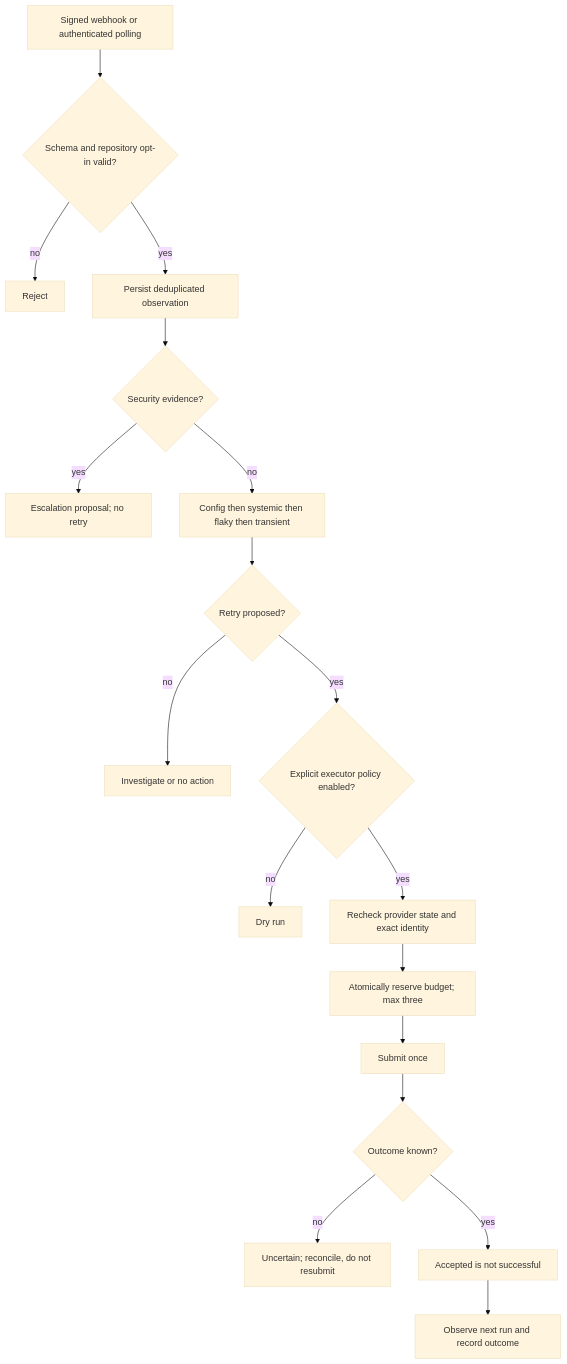
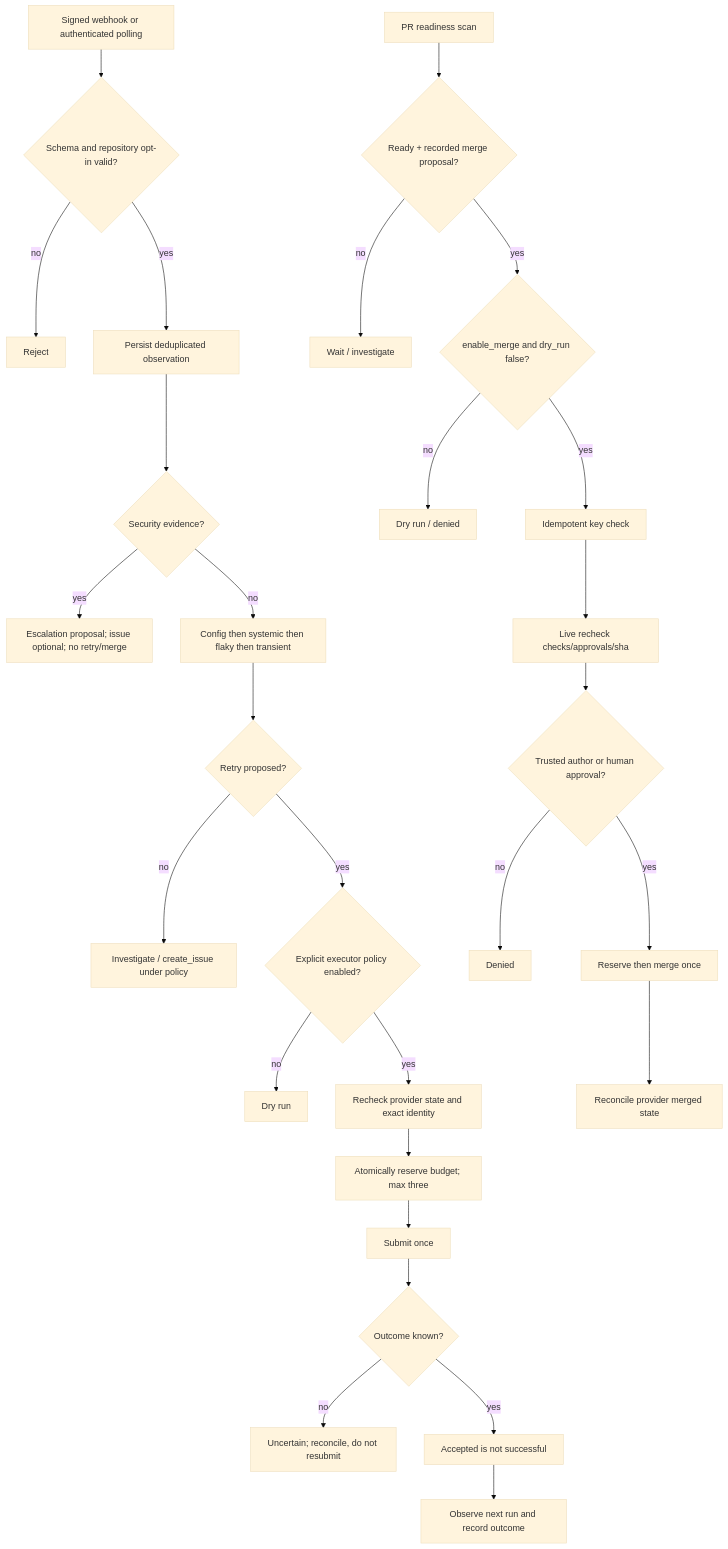
The diagram in docs/REMEDIATION_DECISION_TREE.md (untool-ai/cicd-babysitter), drawn with Mermaid (base theme) before and after one commit. The commit also changed other lines of this file and 13 other files, not shown here.

Commit message:
feat: policy-gated merge, issue creation, and PR readiness

````diff
--- a/docs/REMEDIATION_DECISION_TREE.md
+++ b/docs/REMEDIATION_DECISION_TREE.md
@@ -3,20 +3,31 @@
 ```mermaid
 flowchart TD
   A[Signed webhook or authenticated polling] --> B{Schema and repository opt-in valid?}
   B -- no --> C[Reject]
   B -- yes --> D[Persist deduplicated observation]
   D --> E{Security evidence?}
-  E -- yes --> F[Escalation proposal; no retry]
+  E -- yes --> F[Escalation proposal; issue optional; no retry/merge]
   E -- no --> G[Config then systemic then flaky then transient]
   G --> H{Retry proposed?}
-  H -- no --> I[Investigate or no action]
+  H -- no --> I[Investigate / create_issue under policy]
   H -- yes --> J{Explicit executor policy enabled?}
   J -- no --> K[Dry run]
   J -- yes --> L[Recheck provider state and exact identity]
   L --> M[Atomically reserve budget; max three]
   M --> N[Submit once]
   N --> O{Outcome known?}
   O -- no --> P[Uncertain; reconcile, do not resubmit]
   O -- yes --> Q[Accepted is not successful]
   Q --> R[Observe next run and record outcome]
+
+  S[PR readiness scan] --> T{Ready + recorded merge proposal?}
+  T -- no --> U[Wait / investigate]
+  T -- yes --> V{enable_merge and dry_run false?}
+  V -- no --> W[Dry run / denied]
+  V -- yes --> X[Idempotent key check]
+  X --> Y[Live recheck checks/approvals/sha]
+  Y --> Z{Trusted author or human approval?}
+  Z -- no --> AA[Denied]
+  Z -- yes --> AB[Reserve then merge once]
+  AB --> AC[Reconcile provider merged state]
 ```
````
